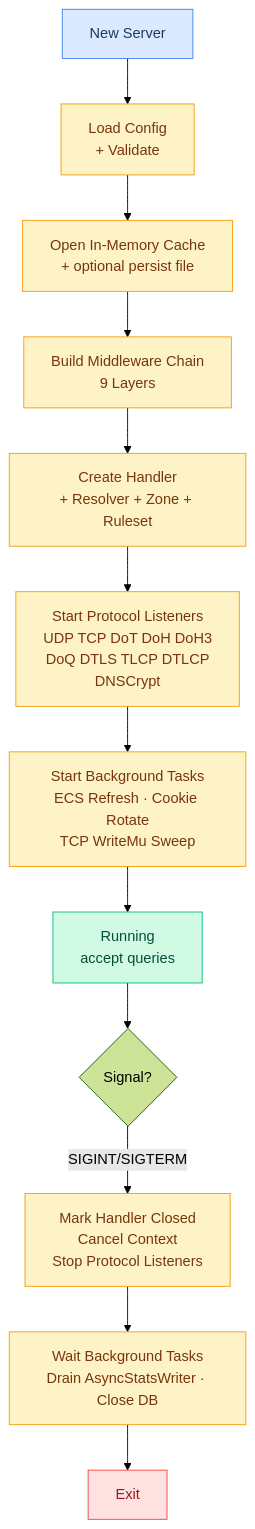
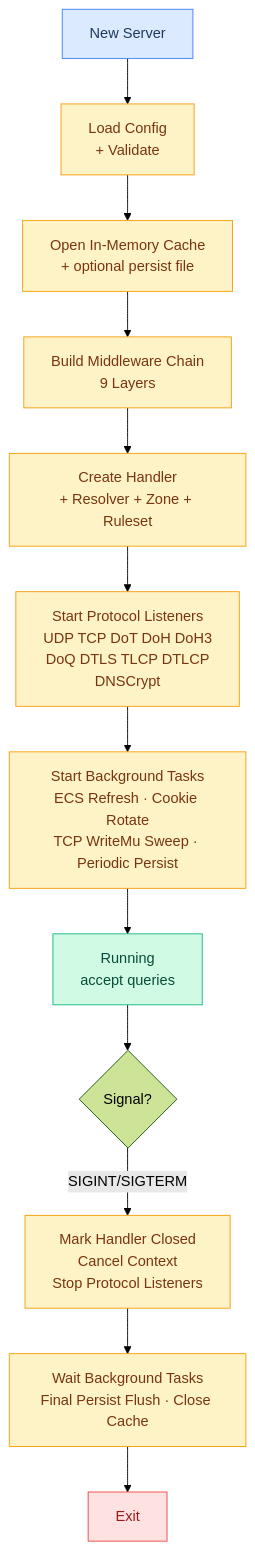
The second of 26 diagrams in docs/FLOWCHARTS.md (hezhijie0327/ZJDNS), drawn with Mermaid (forest theme) before and after one commit. The commit also changed 33 other files, not shown here.

First line of the commit message:
feat: unified lrumap cache with persistence, PTR/latency persist, A/AAAA latency sorting (v3.11.0)

````diff
--- a/docs/FLOWCHARTS.md
+++ b/docs/FLOWCHARTS.md
@@ -26,22 +26,22 @@
 ```mermaid
 graph TD
     START[New Server] --> LOADCONF[Load Config<br/>+ Validate]
     LOADCONF --> INITDB[Open In-Memory Cache<br/>+ optional persist file]
     INITDB --> INITMW[Build Middleware Chain<br/>9 Layers]
     INITMW --> INITHANDLER[Create Handler<br/>+ Resolver + Zone + Ruleset]
     INITHANDLER --> STARTPROTO[Start Protocol Listeners<br/>UDP TCP DoT DoH DoH3<br/>DoQ DTLS TLCP DTLCP<br/>DNSCrypt]
-    STARTPROTO --> BG[Start Background Tasks<br/>ECS Refresh · Cookie Rotate<br/>TCP WriteMu Sweep]
+    STARTPROTO --> BG[Start Background Tasks<br/>ECS Refresh · Cookie Rotate<br/>TCP WriteMu Sweep · Periodic Persist]
     BG --> RUNNING[Running<br/>accept queries]
     RUNNING --> SIG{Signal?}
     SIG -->|SIGINT/SIGTERM| SHUTDOWN[Mark Handler Closed<br/>Cancel Context<br/>Stop Protocol Listeners]
-    SHUTDOWN --> WAITBG[Wait Background Tasks<br/>Drain AsyncStatsWriter · Close DB]
+    SHUTDOWN --> WAITBG[Wait Background Tasks<br/>Final Persist Flush · Close Cache]
     WAITBG --> EXIT[Exit]
     classDef start fill:#dbeafe,stroke:#3b82f6,color:#1e3a5f
     classDef proc fill:#fef3c7,stroke:#f59e0b,color:#78350f
     classDef running fill:#d1fae5,stroke:#10b981,color:#064e3b
     classDef exit fill:#fee2e2,stroke:#ef4444,color:#991b1b
     class START start
     class LOADCONF,INITDB,INITMW,INITHANDLER,STARTPROTO,BG,SHUTDOWN,WAITBG proc
     class RUNNING running
     class EXIT exit
 ```
````
